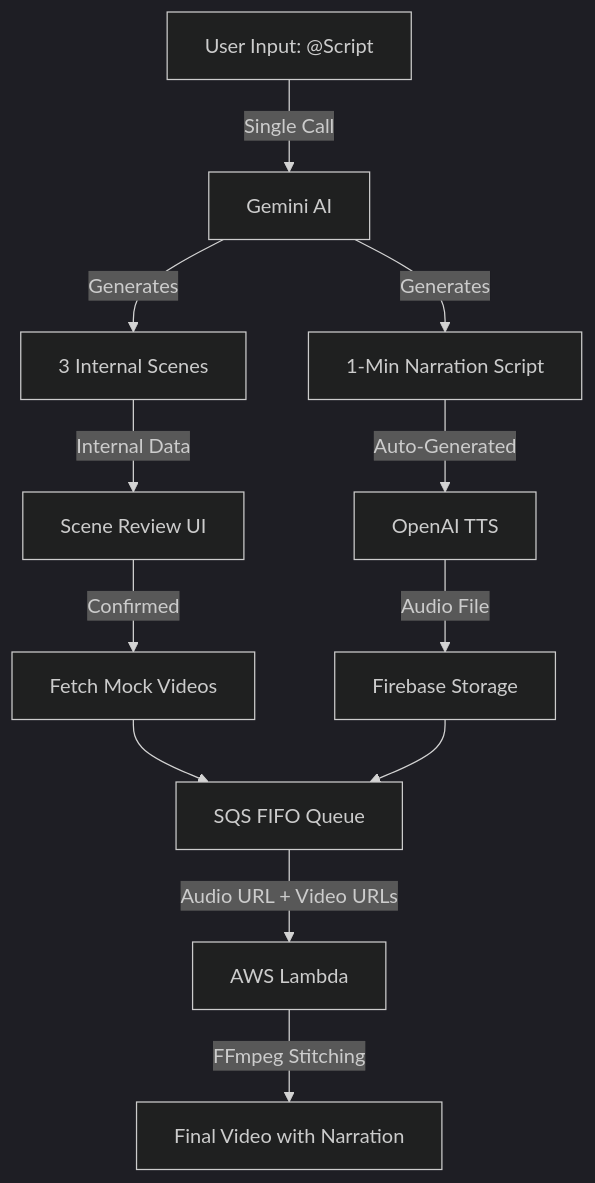
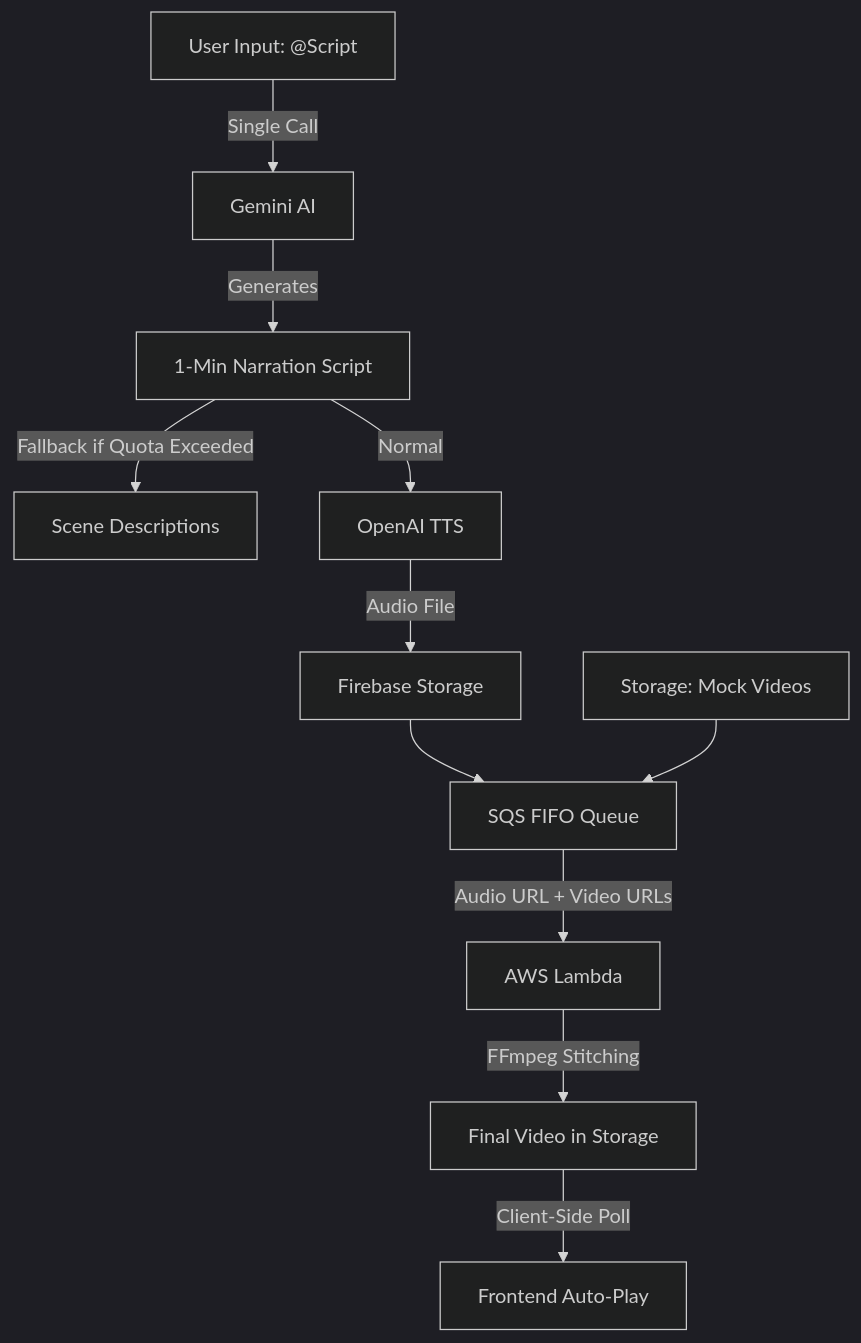
Before and after one commit to Jaikarans2003/OkVevo-Web: the diagram in README.md, drawn with Mermaid (dark theme). The commit also changed other lines of this file and 212 other files, not shown here.

````diff
--- a/README.md
+++ b/README.md
@@ -27,13 +26,13 @@
 ```mermaid
 graph TD
     A[User Input: @Script] -->|Single Call| B[Gemini AI]
     B -->|Generates| C[1-Min Narration Script]
-    B -->|Generates| D[3 Internal Scenes]
-    C -->|Auto-Generated| E[OpenAI TTS]
+    C -->|Fallback if Quota Exceeded| C2[Scene Descriptions]
+    C -->|Normal| E[OpenAI TTS]
     E -->|Audio File| F[Firebase Storage]
-    D -->|Internal Data| G[Scene Review UI]
-    G -->|Confirmed| H[Fetch Mock Videos]
-    H & F --> I[SQS FIFO Queue]
+    F --> I[SQS FIFO Queue]
+    G[Storage: Mock Videos] --> I
     I -->|Audio URL + Video URLs| J[AWS Lambda]
-    J -->|FFmpeg Stitching| K[Final Video with Narration]
+    J -->|FFmpeg Stitching| K[Final Video in Storage]
+    K -->|Client-Side Poll| L[Frontend Auto-Play]
 ```
````
